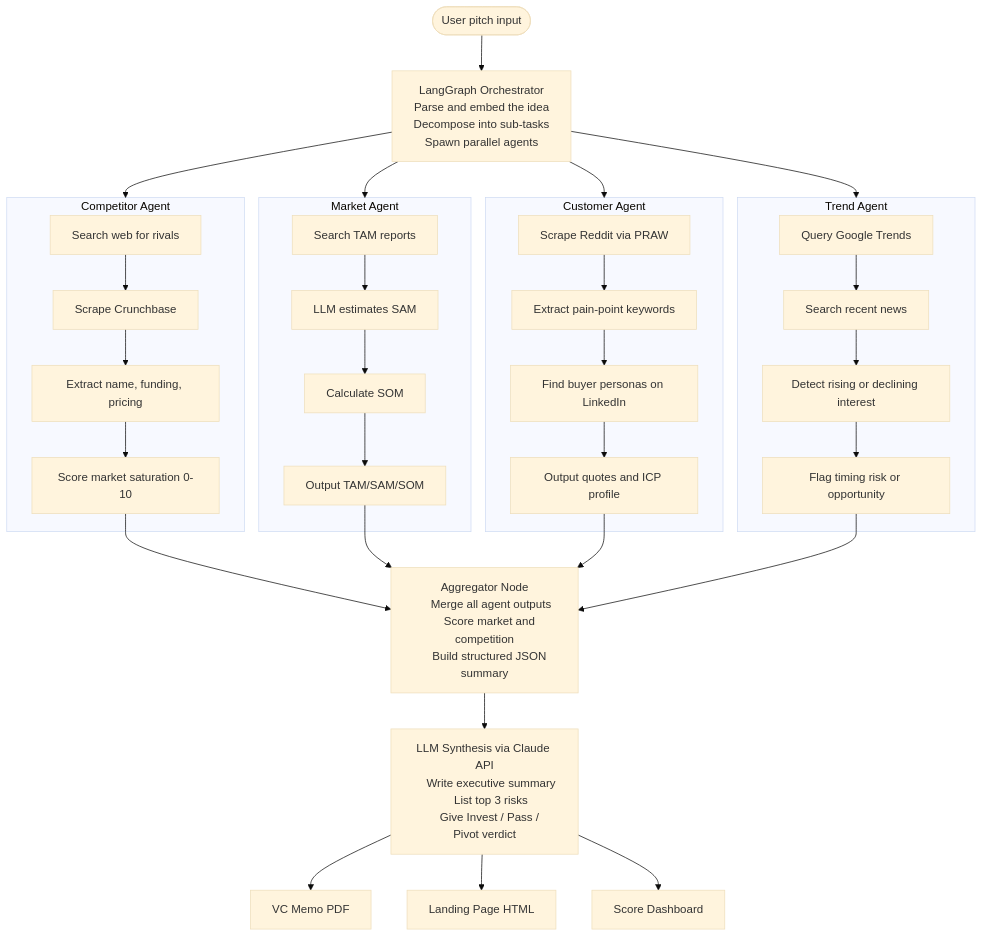
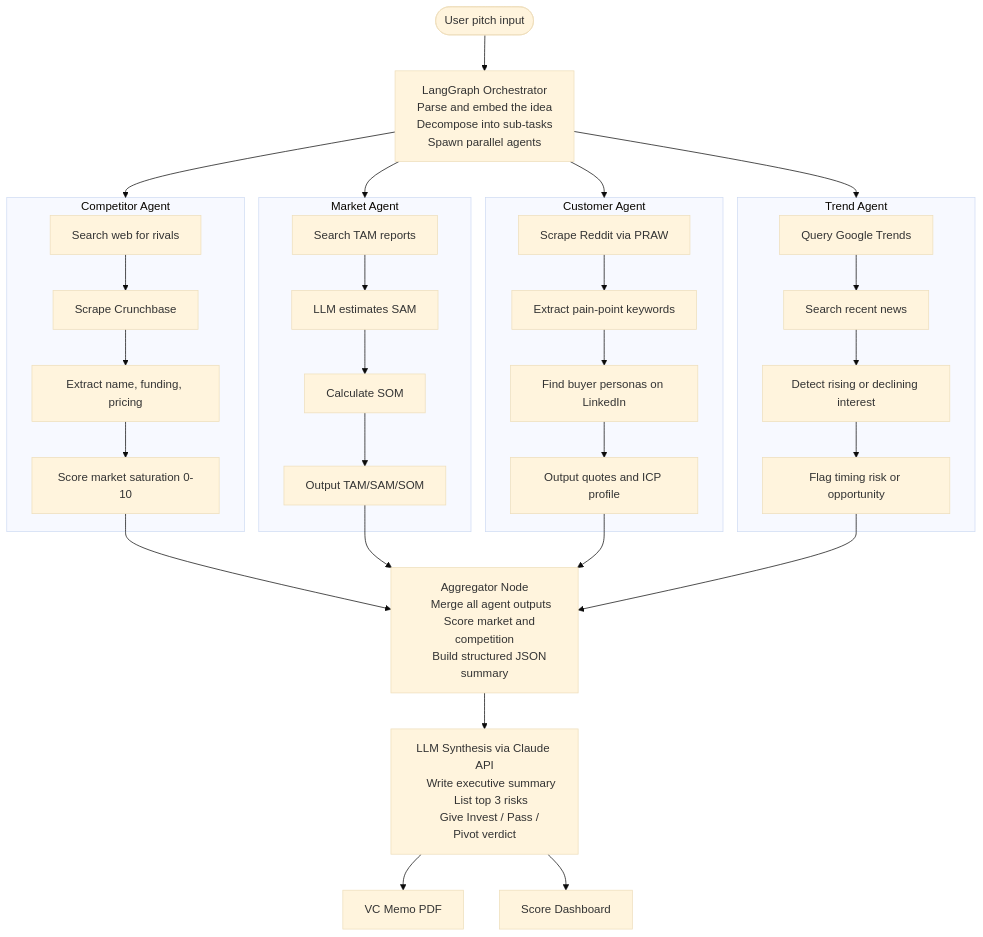
One commit to puvithk/AI-ML-Complete changed the diagram in Day 38 Startup Idea Validator/startup_idea_validator/README.md. Above: the diagram before and after it, drawn with Mermaid (base theme).

Commit message:
Started new Startup removed landing page html

````diff
--- a/Day 38 Startup Idea Validator/startup_idea_validator/README.md
+++ b/Day 38 Startup Idea Validator/startup_idea_validator/README.md
@@ -1,58 +1,57 @@
 ```mermaid
 flowchart TD
     USER([User pitch input]) --> ORCH
 
     ORCH["LangGraph Orchestrator
     Parse and embed the idea
     Decompose into sub-tasks
     Spawn parallel agents"]
 
     ORCH --> CA
     ORCH --> MA
     ORCH --> CUA
     ORCH --> TA
 
     subgraph CA["Competitor Agent"]
       CA1[Search web for rivals] --> CA2[Scrape Crunchbase]
       CA2 --> CA3[Extract name, funding, pricing]
       CA3 --> CA4[Score market saturation 0-10]
     end
 
     subgraph MA["Market Agent"]
       MA1[Search TAM reports] --> MA2[LLM estimates SAM]
       MA2 --> MA3[Calculate SOM] --> MA4[Output TAM/SAM/SOM]
     end
 
     subgraph CUA["Customer Agent"]
       CUA1[Scrape Reddit via PRAW] --> CUA2[Extract pain-point keywords]
       CUA2 --> CUA3[Find buyer personas on LinkedIn]
       CUA3 --> CUA4[Output quotes and ICP profile]
     end
 
     subgraph TA["Trend Agent"]
       TA1[Query Google Trends] --> TA2[Search recent news]
       TA2 --> TA3[Detect rising or declining interest]
       TA3 --> TA4[Flag timing risk or opportunity]
     end
 
     CA4 --> AGG
     MA4 --> AGG
     CUA4 --> AGG
     TA4 --> AGG
 
     AGG["Aggregator Node
     Merge all agent outputs
     Score market and competition
     Build structured JSON summary"]
 
     AGG --> SYN
 
     SYN["LLM Synthesis via Claude API
     Write executive summary
     List top 3 risks
     Give Invest / Pass / Pivot verdict"]
 
     SYN --> OUT1["VC Memo PDF"]
-    SYN --> OUT2["Landing Page HTML"]
     SYN --> OUT3["Score Dashboard"]
 ```
````
